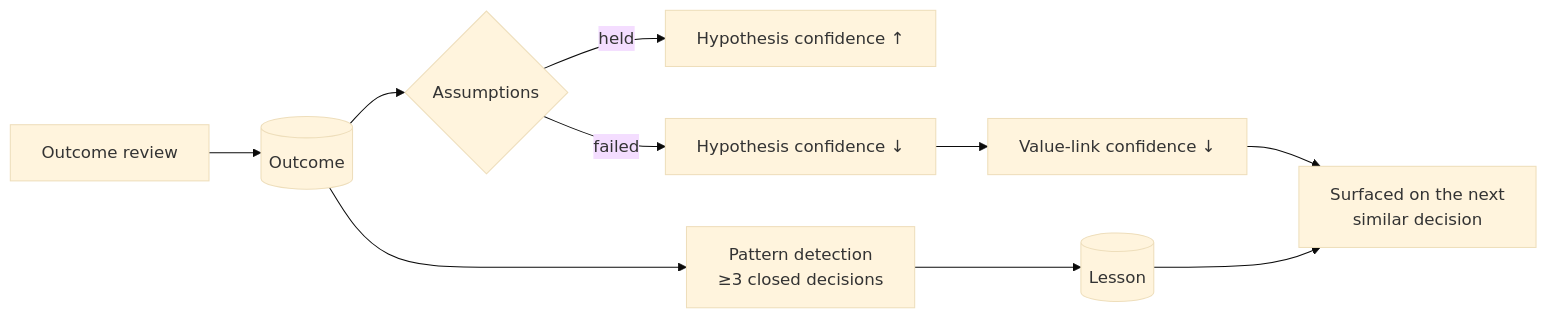
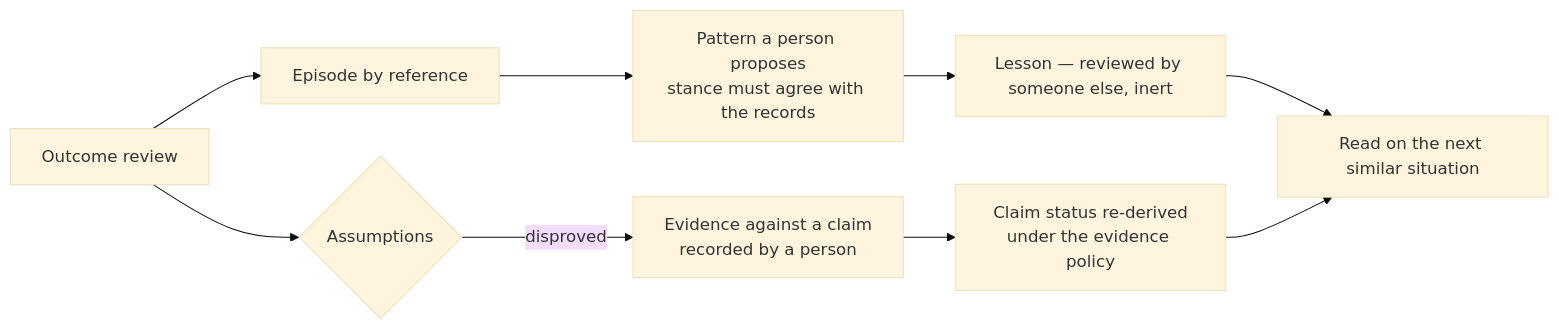
The fifth of 5 diagrams in docs/architecture/data-flow.md (enexiaplatform/helm), drawn with Mermaid (base theme) before and after one commit. The commit also changed other lines of this file and 253 other files, not shown here.

````diff
--- a/docs/architecture/data-flow.md
+++ b/docs/architecture/data-flow.md
@@ -231,12 +247,11 @@
 ```mermaid
 flowchart LR
-    REV[Outcome review] --> OUT[(Outcome)]
-    OUT --> ASM{Assumptions}
-    ASM -->|held| CONF_UP[Hypothesis confidence ↑]
-    ASM -->|failed| CONF_DOWN[Hypothesis confidence ↓]
-    OUT --> PAT[Pattern detection<br/>≥3 closed decisions]
-    PAT --> LES[(Lesson)]
-    LES --> NEXT[Surfaced on the next<br/>similar decision]
-    CONF_DOWN --> LINK[Value-link confidence ↓]
-    LINK --> NEXT
+    REV[Outcome review] --> ASM{Assumptions}
+    ASM -->|disproved| EV[Evidence against a claim<br/>recorded by a person]
+    EV --> ST[Claim status re-derived<br/>under the evidence policy]
+    REV --> EP[Episode by reference]
+    EP --> PAT[Pattern a person proposes<br/>stance must agree with the records]
+    PAT --> LES[Lesson — reviewed by someone else, inert]
+    LES --> NEXT[Read on the next similar situation]
+    ST --> NEXT
 ```
````
